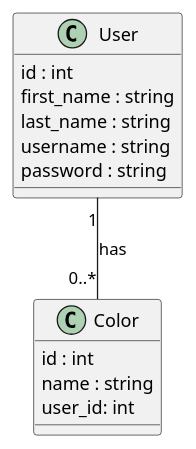
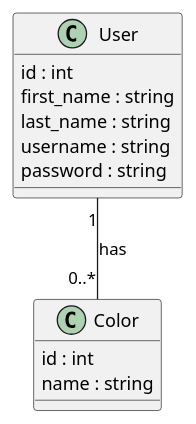
The diagram in docs/uml/class.puml (mdj43/colors-lamp), drawn with PlantUML before and after one commit. The commit also changed 2 other files, not shown here.

Commit message:
Diagram cleanup for clarity.

```diff
--- a/docs/uml/class.puml
+++ b/docs/uml/class.puml
@@ -1,19 +1,18 @@
 @startuml "Conceptual Class Diagram"
 
 class User {
     id : int
     first_name : string
     last_name : string
     username : string
     password : string
 }
 
 class Color {
     id : int
     name : string
-    user_id: int
 }
 
 User "1" -- "0..*" Color : has
 
 @enduml
```
